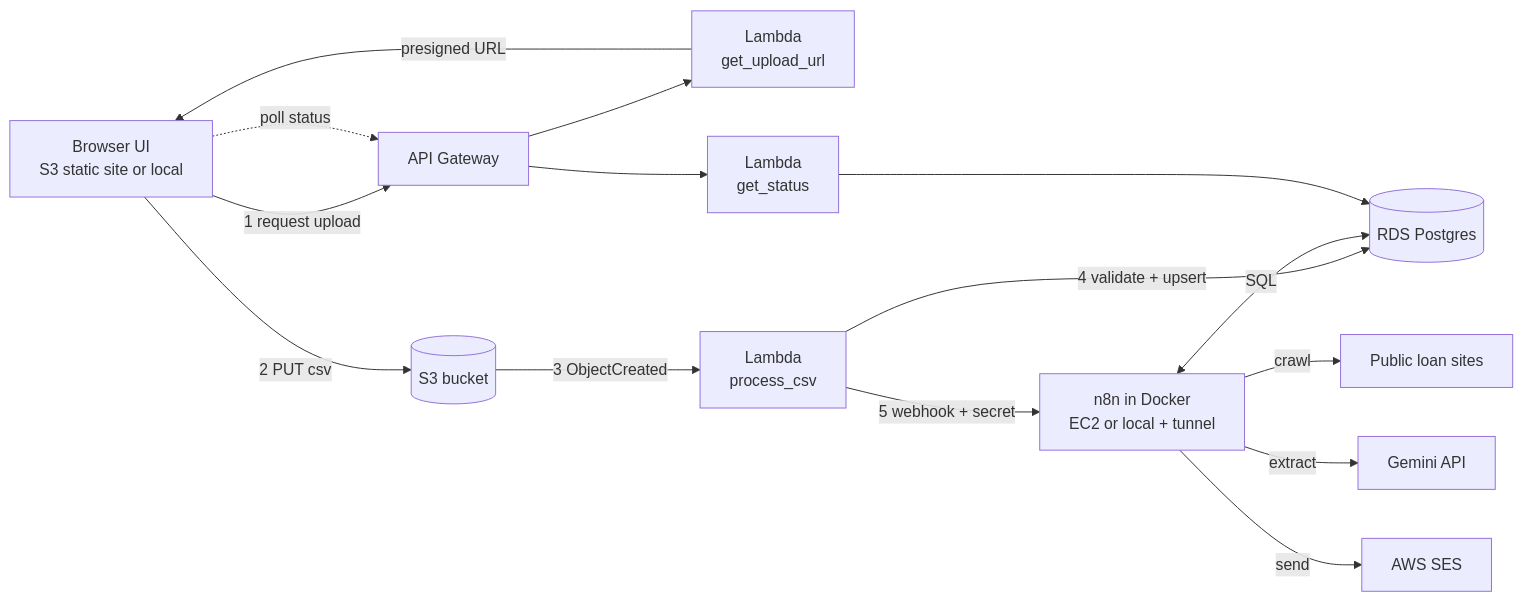
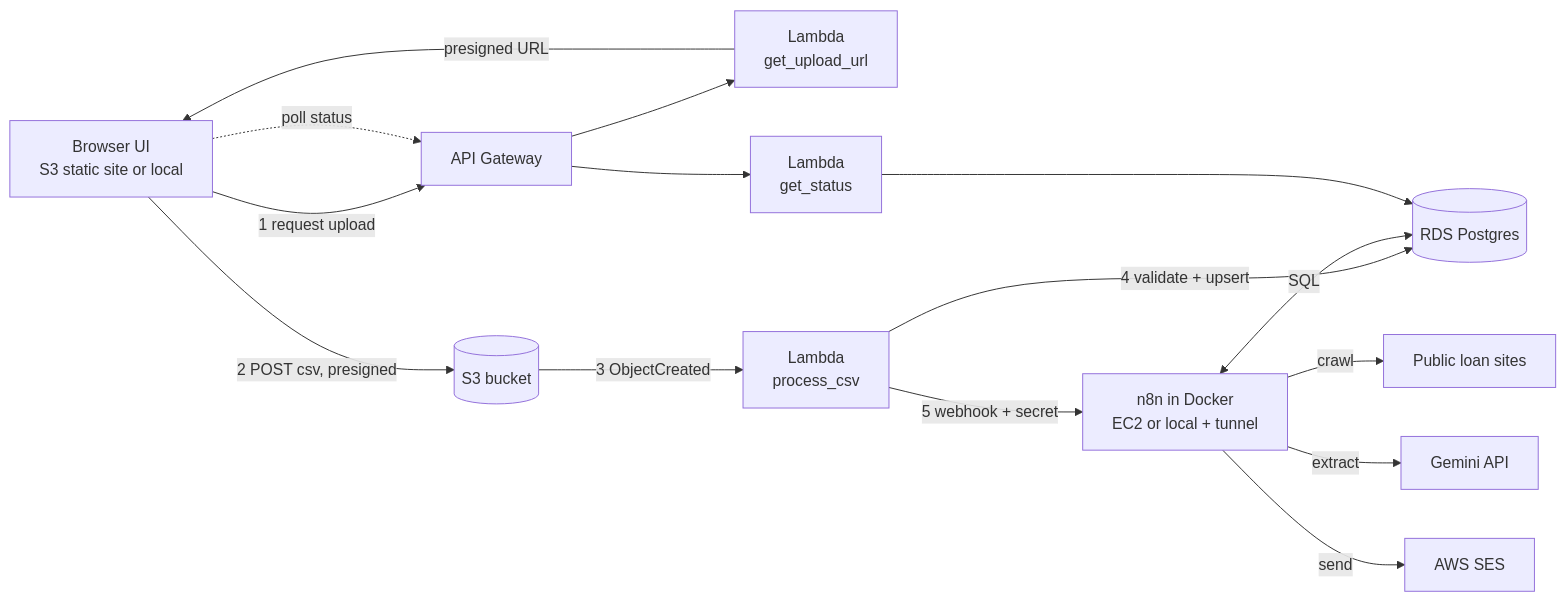
Before and after one commit to ChandanKhamitkar/loan-eligibility-engine: the second of 7 diagrams in planning/architecture.md, drawn with Mermaid. The commit also changed other lines of this file and 31 other files, not shown here.

````diff
--- a/planning/architecture.md
+++ b/planning/architecture.md
@@ -34,17 +34,17 @@
 ```mermaid
 flowchart LR
     UI["Browser UI<br/>S3 static site or local"] -->|"1 request upload"| APIGW["API Gateway"]
     APIGW --> L1["Lambda<br/>get_upload_url"]
     L1 -->|"presigned URL"| UI
-    UI -->|"2 PUT csv"| S3[("S3 bucket")]
+    UI -->|"2 POST csv, presigned"| S3[("S3 bucket")]
     S3 -->|"3 ObjectCreated"| L2["Lambda<br/>process_csv"]
     L2 -->|"4 validate + upsert"| RDS[("RDS Postgres")]
     L2 -->|"5 webhook + secret"| N8N["n8n in Docker<br/>EC2 or local + tunnel"]
     N8N <-->|"SQL"| RDS
     N8N -->|"crawl"| WEB["Public loan sites"]
     N8N -->|"extract"| LLM["Gemini API"]
     N8N -->|"send"| SES["AWS SES"]
     UI -.->|"poll status"| APIGW
     APIGW --> L3["Lambda<br/>get_status"]
     L3 --> RDS
 ```
````
